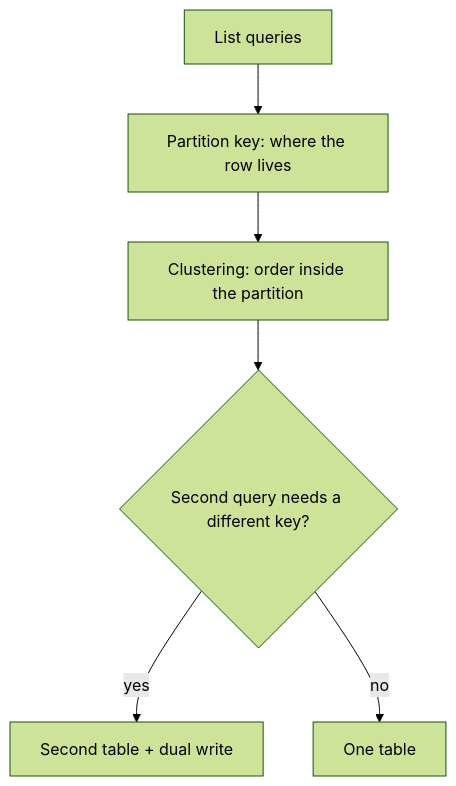
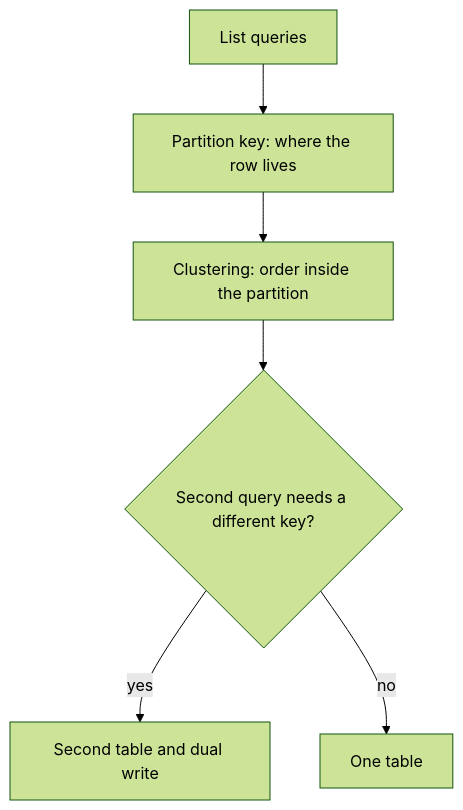
The diagram in 03-data-modeling/data-modeling.md (difli/astra-db-enablement), drawn with Mermaid (forest theme) before and after one commit. The commit also changed other lines of this file and 22 other files, not shown here.

Commit message:
Harden the workshop for v1.0: align docs and the sample app, make labs copy-pasteable, and add the take-home architecture checklist.

````diff
--- a/03-data-modeling/data-modeling.md
+++ b/03-data-modeling/data-modeling.md
@@ -20,8 +20,8 @@
 ```mermaid
 flowchart TD
-  q[List queries] --> pk[Partition key: where the row lives]
-  pk --> ck[Clustering: order inside the partition]
-  ck --> two{Second query needs a different key?}
-  two -->|yes| denorm[Second table + dual write]
-  two -->|no| done[One table]
+  q["List queries"] --> pk["Partition key: where the row lives"]
+  pk --> ck["Clustering: order inside the partition"]
+  ck --> two{"Second query needs a different key?"}
+  two -->|yes| denorm["Second table and dual write"]
+  two -->|no| done["One table"]
 ```
````
